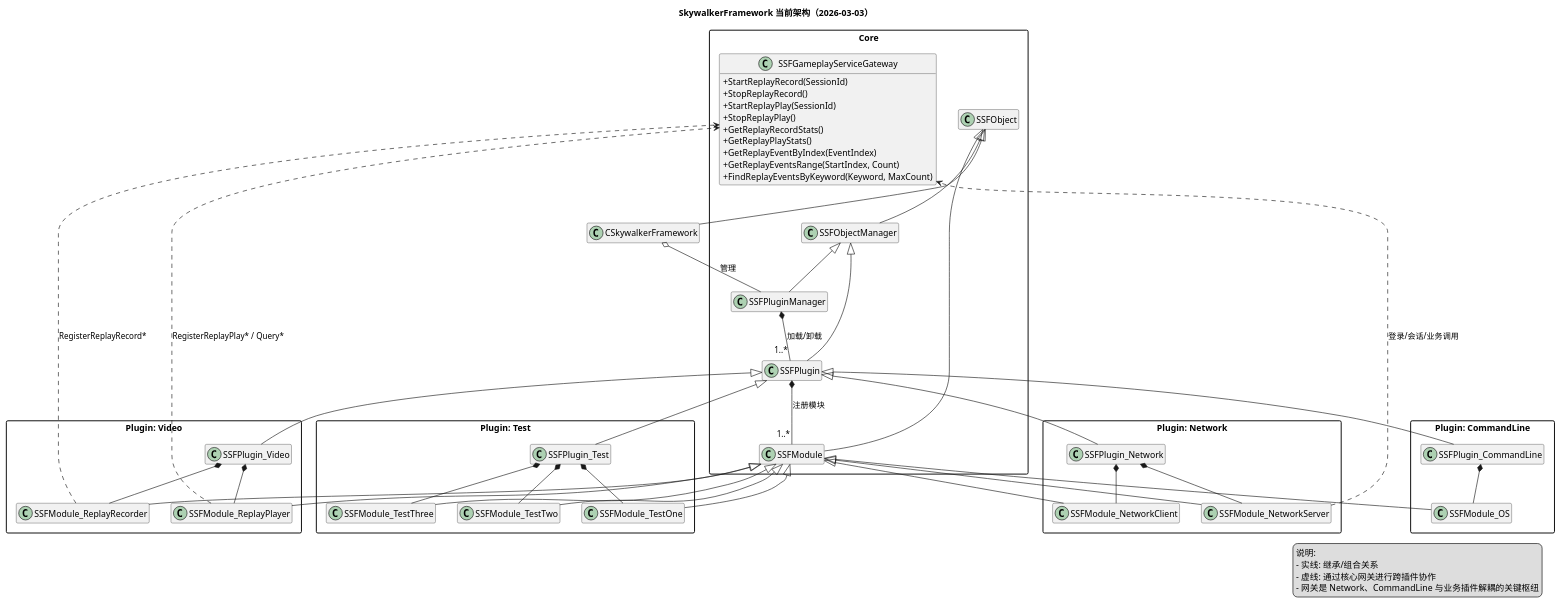
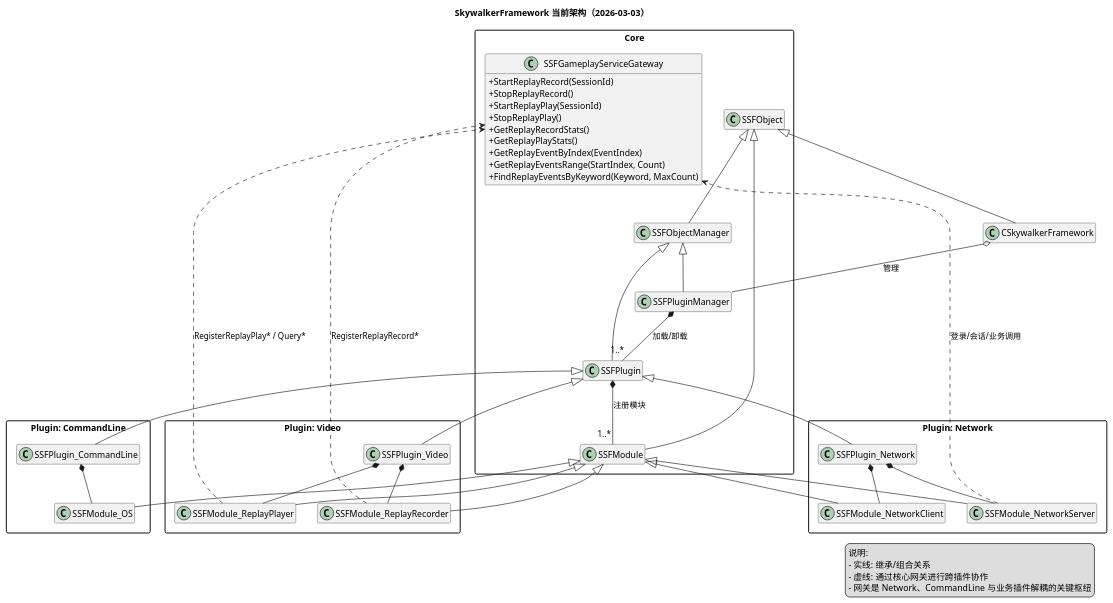
The diagram in SkywalkerFramework/SkywalkerFramework.plantuml (xcyh410713847/SkywalkerGameServer), drawn with PlantUML before and after one commit. The commit also changed 10 other files, not shown here.

```diff
--- a/SkywalkerFramework/SkywalkerFramework.plantuml
+++ b/SkywalkerFramework/SkywalkerFramework.plantuml
@@ -1,98 +1,84 @@
 @startuml SkywalkerFramework
 
 title SkywalkerFramework 当前架构（2026-03-03）
 
 skinparam classAttributeIconSize 0
 skinparam packageStyle rectangle
 hide empty members
 
 package "Core" {
 	class SSFObject
 	class SSFObjectManager
 	class SSFModule
 	class SSFPlugin
 	class SSFPluginManager
 class SSFGameplayServiceGateway {
 	+StartReplayRecord(SessionId)
 	+StopReplayRecord()
 	+StartReplayPlay(SessionId)
 	+StopReplayPlay()
 	+GetReplayRecordStats()
 	+GetReplayPlayStats()
 	+GetReplayEventByIndex(EventIndex)
 	+GetReplayEventsRange(StartIndex, Count)
 	+FindReplayEventsByKeyword(Keyword, MaxCount)
 }
 }
 
 class CSkywalkerFramework
 
 SSFObject <|-- CSkywalkerFramework
 SSFObject <|-- SSFObjectManager
 SSFObject <|-- SSFModule
 SSFObjectManager <|-- SSFPlugin
 SSFObjectManager <|-- SSFPluginManager
 
 CSkywalkerFramework o-- SSFPluginManager : 管理
 SSFPluginManager *-- "1..*" SSFPlugin : 加载/卸载
 SSFPlugin *-- "1..*" SSFModule : 注册模块
 
 package "Plugin: Network" {
 	class SSFPlugin_Network
 	class SSFModule_NetworkServer
 	class SSFModule_NetworkClient
 }
 
 package "Plugin: CommandLine" {
 	class SSFPlugin_CommandLine
 	class SSFModule_OS
 }
 
 package "Plugin: Video" {
 	class SSFPlugin_Video
 	class SSFModule_ReplayRecorder
 	class SSFModule_ReplayPlayer
 }
 
-package "Plugin: Test" {
-	class SSFPlugin_Test
-	class SSFModule_TestOne
-	class SSFModule_TestTwo
-	class SSFModule_TestThree
-}
-
 SSFPlugin <|-- SSFPlugin_Network
 SSFPlugin <|-- SSFPlugin_CommandLine
 SSFPlugin <|-- SSFPlugin_Video
-SSFPlugin <|-- SSFPlugin_Test
 
 SSFModule <|-- SSFModule_NetworkServer
 SSFModule <|-- SSFModule_NetworkClient
 SSFModule <|-- SSFModule_OS
 SSFModule <|-- SSFModule_ReplayRecorder
 SSFModule <|-- SSFModule_ReplayPlayer
-SSFModule <|-- SSFModule_TestOne
-SSFModule <|-- SSFModule_TestTwo
-SSFModule <|-- SSFModule_TestThree
 
 SSFPlugin_Network *-- SSFModule_NetworkServer
 SSFPlugin_Network *-- SSFModule_NetworkClient
 SSFPlugin_CommandLine *-- SSFModule_OS
 SSFPlugin_Video *-- SSFModule_ReplayRecorder
 SSFPlugin_Video *-- SSFModule_ReplayPlayer
-SSFPlugin_Test *-- SSFModule_TestOne
-SSFPlugin_Test *-- SSFModule_TestTwo
-SSFPlugin_Test *-- SSFModule_TestThree
 
 SSFModule_NetworkServer ..> SSFGameplayServiceGateway : 登录/会话/业务调用
 SSFModule_ReplayRecorder ..> SSFGameplayServiceGateway : RegisterReplayRecord*
 SSFModule_ReplayPlayer ..> SSFGameplayServiceGateway : RegisterReplayPlay* / Query*
 
 legend right
   说明:
   - 实线: 继承/组合关系
   - 虚线: 通过核心网关进行跨插件协作
   - 网关是 Network、CommandLine 与业务插件解耦的关键枢纽
 endlegend
 
 @enduml
```
